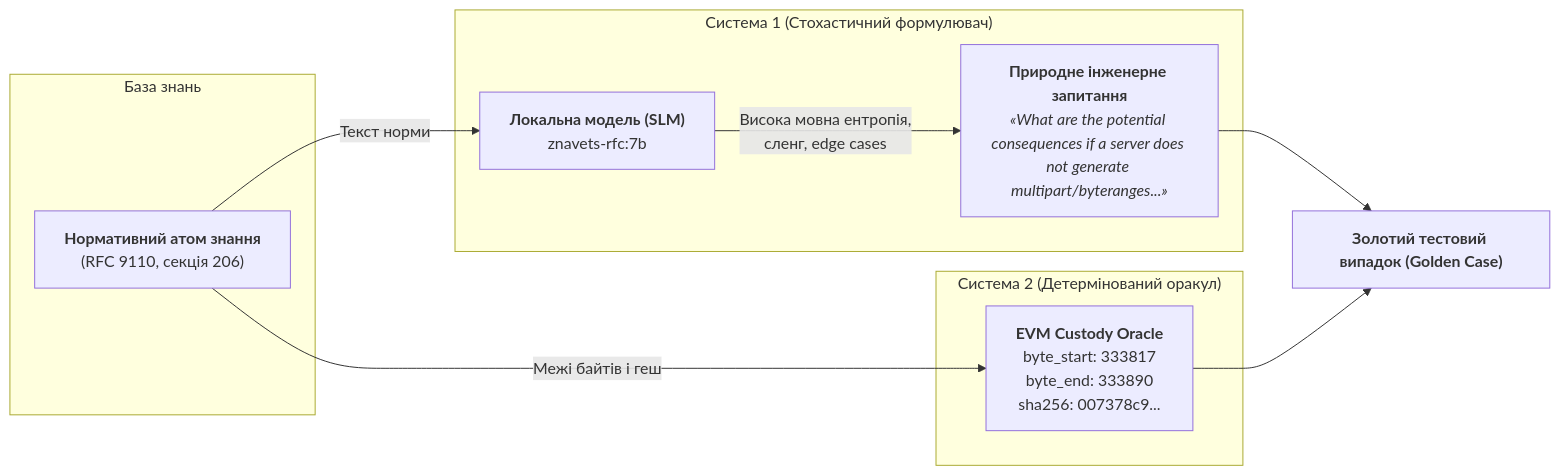
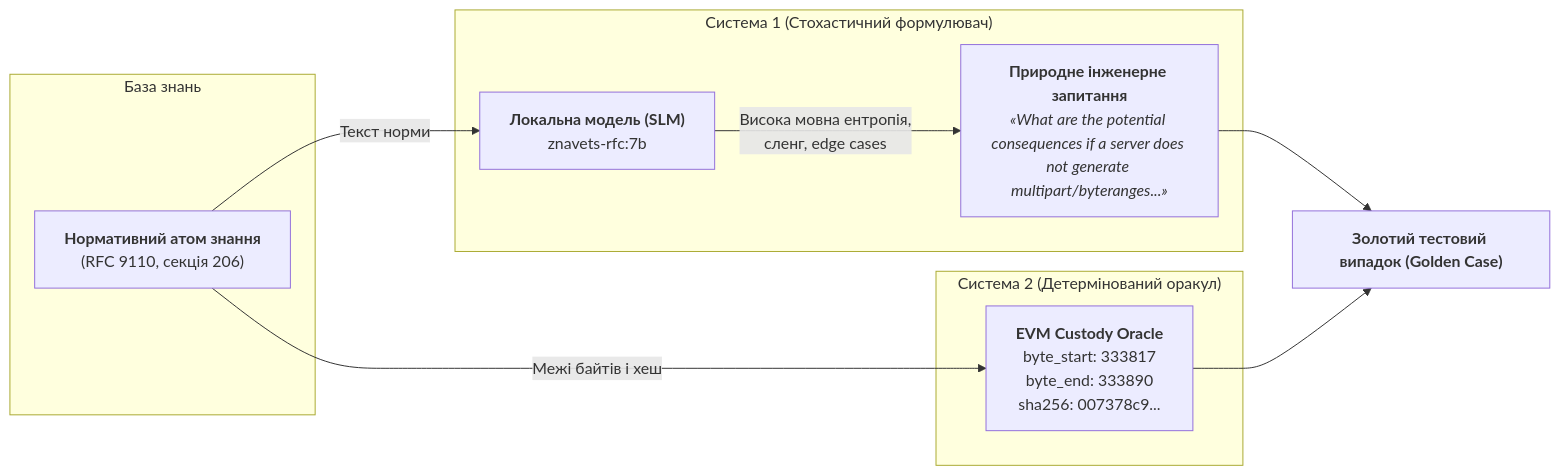
One commit to nick-fedchik/articles changed the sixth of 6 diagrams in ExpertSystem/ch23-knowledge-base-verification.md. Above: the diagram before and after it, drawn with Mermaid. The commit also changed other lines of this file and 4 other files, not shown here.

````diff
--- a/ExpertSystem/ch23-knowledge-base-verification.md
+++ b/ExpertSystem/ch23-knowledge-base-verification.md
@@ -861,21 +861,21 @@
 ```mermaid
 flowchart LR
     accTitle: Нейро-символічний тандем генерації тестів
     accDescr: Стохастичний формулювач мовної моделі генерує природні варіативні запити, тоді як символьне ядро детерміновано фіксує побайтовий оракул.
 
     subgraph "База знань"
         ATOM["<b>Нормативний атом знання</b><br/>(RFC 9110, секція 206)"]
     end
 
     subgraph "Система 1 (Стохастичний формулювач)"
         ATOM -->|Текст норми| SLM["<b>Локальна модель (SLM)</b><br/>znavets-rfc:7b"]
         SLM -->|Висока мовна ентропія,<br/>сленг, edge cases| QUERY["<b>Природне інженерне запитання</b><br/><i>«What are the potential consequences if a server does not generate multipart/byteranges...»</i>"]
     end
 
     subgraph "Система 2 (Детермінований оракул)"
-        ATOM -->|Межі байтів і геш| ORACLE["<b>EVM Custody Oracle</b><br/>byte_start: 333817<br/>byte_end: 333890<br/>sha256: 007378c9..."]
+        ATOM -->|Межі байтів і хеш| ORACLE["<b>EVM Custody Oracle</b><br/>byte_start: 333817<br/>byte_end: 333890<br/>sha256: 007378c9..."]
     end
 
     QUERY --> TEST["<b>Золотий тестовий випадок (Golden Case)</b>"]
     ORACLE --> TEST
 ```
````
